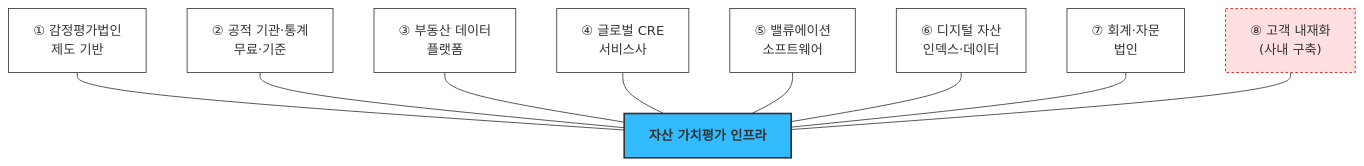
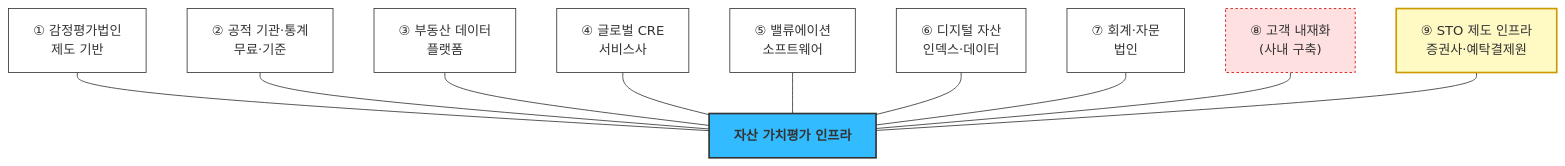
The diagram in 01_porters-five-forces/07_분석_자산가치평가-인프라.md (STERNYUL/business_research_202608), drawn with Mermaid before and after one commit. The commit also changed other lines of this file and 12 other files, not shown here.

````diff
--- a/01_porters-five-forces/07_분석_자산가치평가-인프라.md
+++ b/01_porters-five-forces/07_분석_자산가치평가-인프라.md
@@ -99,23 +99,26 @@
 ```mermaid
 graph TB
     C["<b>자산 가치평가 인프라</b>"]:::us
     T1["① 감정평가법인<br/>제도 기반"]:::t
     T2["② 공적 기관·통계<br/>무료·기준"]:::t
     T3["③ 부동산 데이터<br/>플랫폼"]:::t
     T4["④ 글로벌 CRE<br/>서비스사"]:::t
     T5["⑤ 밸류에이션<br/>소프트웨어"]:::t
     T6["⑥ 디지털 자산<br/>인덱스·데이터"]:::t
     T7["⑦ 회계·자문<br/>법인"]:::t
     T8["⑧ 고객 내재화<br/>(사내 구축)"]:::x
+    T9["⑨ STO 제도 인프라<br/>증권사·예탁결제원"]:::s
     T1 --- C
     T2 --- C
     T3 --- C
     T4 --- C
     T5 --- C
     T6 --- C
     T7 --- C
     T8 --- C
+    T9 --- C
     classDef us fill:#33BBFF,stroke:#333,stroke-width:2px;
     classDef t fill:#FFF,stroke:#333;
     classDef x fill:#FFE0E0,stroke:#C00,stroke-dasharray:3 3;
+    classDef s fill:#FFF9C4,stroke:#C90,stroke-width:2px;
 ```
````
